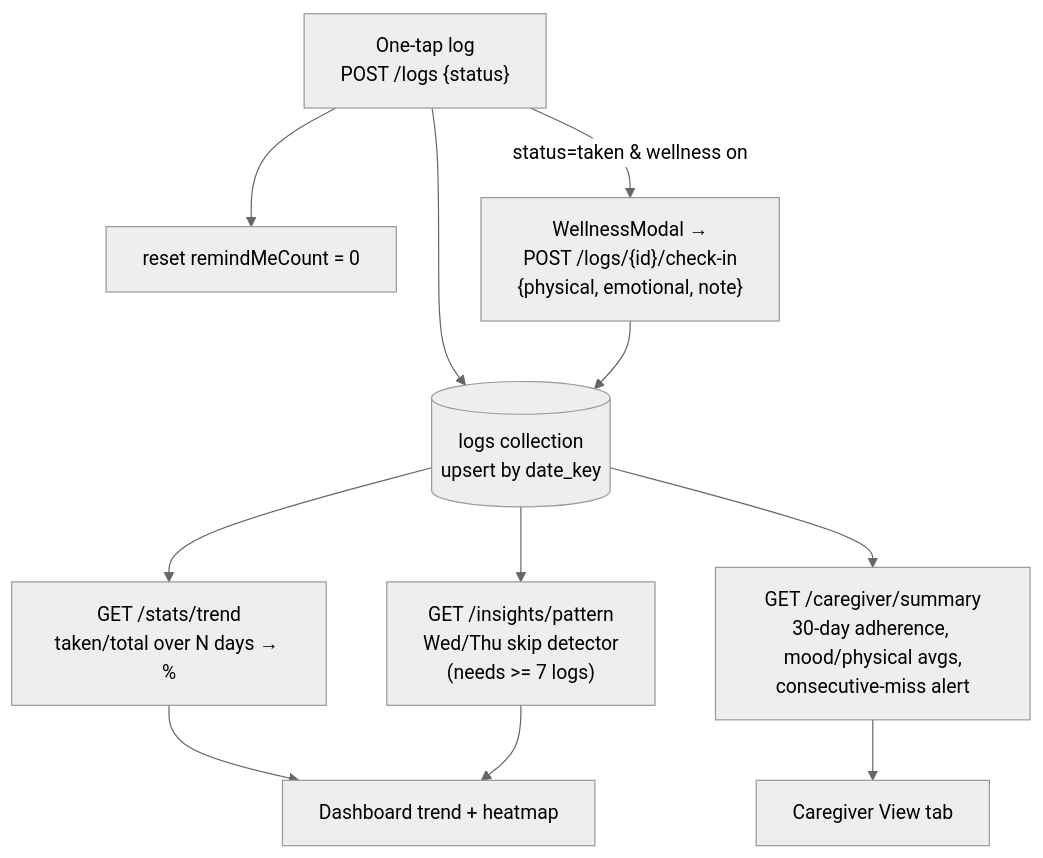
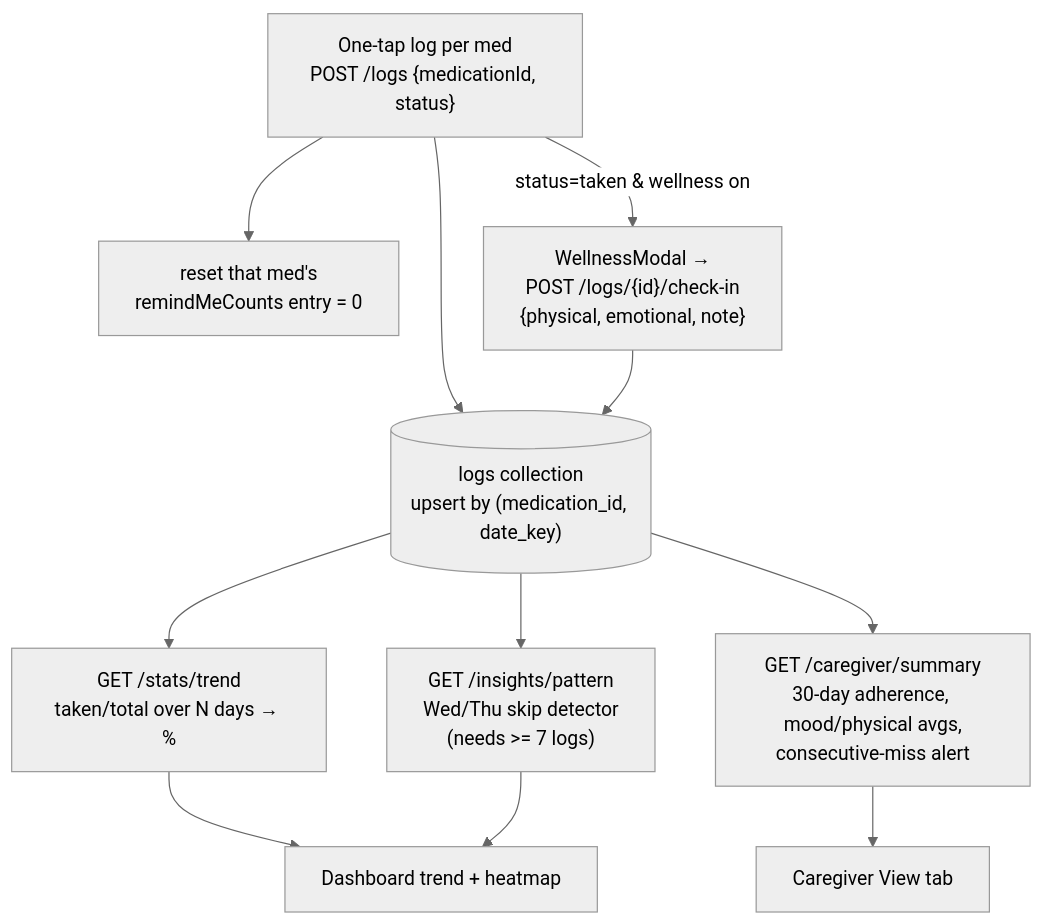
Before and after one commit to sallonico/Attune-de9bc2d9: the fourth of 7 diagrams in README.md, drawn with Mermaid (neutral theme). The commit also changed other lines of this file and 3 other files, not shown here.

````diff
--- a/README.md
+++ b/README.md
@@ -238,13 +217,13 @@
 ```mermaid
 flowchart TB
-    L["One-tap log\nPOST /logs {status}"] --> M[("logs collection\nupsert by date_key")]
-    L --> N["reset remindMeCount = 0"]
+    L["One-tap log per med\nPOST /logs {medicationId, status}"] --> M[("logs collection\nupsert by (medication_id, date_key)")]
+    L --> N["reset that med's\nremindMeCounts entry = 0"]
     L -->|status=taken & wellness on| O["WellnessModal →\nPOST /logs/{id}/check-in\n{physical, emotional, note}"]
     O --> M
     M --> P["GET /stats/trend\ntaken/total over N days → %"]
     M --> Q["GET /insights/pattern\nWed/Thu skip detector\n(needs >= 7 logs)"]
     M --> R["GET /caregiver/summary\n30-day adherence, mood/physical avgs,\nconsecutive-miss alert"]
     P --> S["Dashboard trend + heatmap"]
     Q --> S
     R --> T["Caregiver View tab"]
 ```
````
